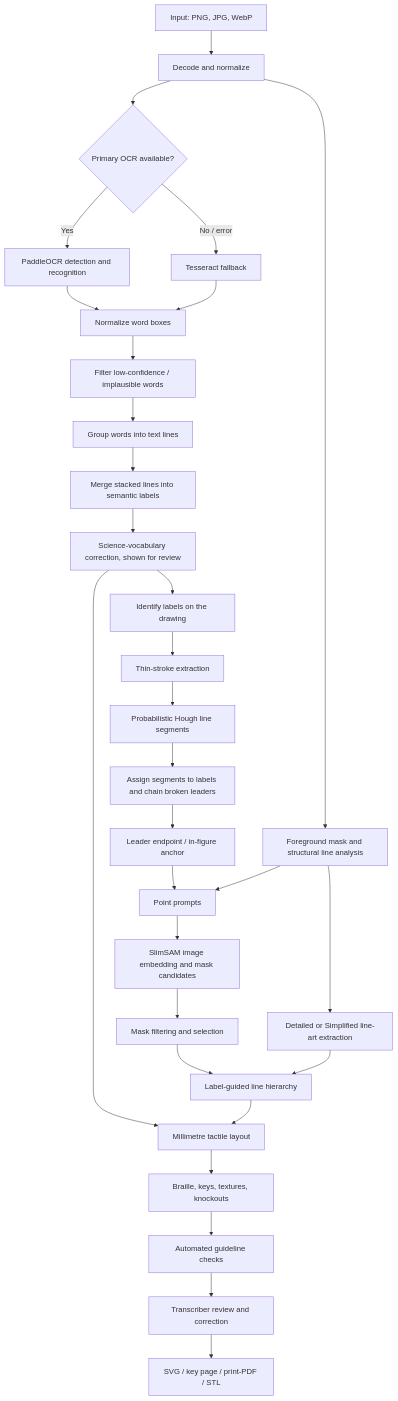
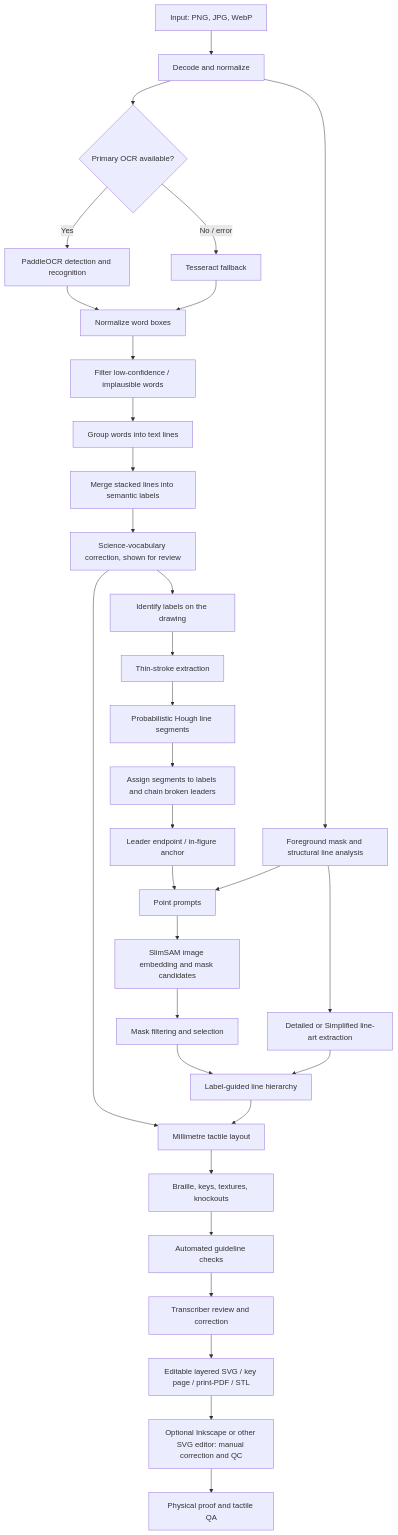
Before and after one commit to mrhunsaker/TactiDiagram: the first of 2 diagrams in docs/pipeline.md, drawn with Mermaid. The commit also changed other lines of this file, not shown here.

Commit message:
Align project guidance with editable SVG workflow

````diff
--- a/docs/pipeline.md
+++ b/docs/pipeline.md
@@ -7,32 +7,34 @@
 ```mermaid
 flowchart TD
   A[Input: PNG, JPG, WebP] --> B[Decode and normalize]
   B --> C{Primary OCR available?}
   C -->|Yes| D[PaddleOCR detection and recognition]
   C -->|No / error| E[Tesseract fallback]
   D --> F[Normalize word boxes]
   E --> F
   F --> G[Filter low-confidence / implausible words]
   G --> H[Group words into text lines]
   H --> I[Merge stacked lines into semantic labels]
   I --> J[Science-vocabulary correction, shown for review]
   J --> K[Identify labels on the drawing]
   K --> L[Thin-stroke extraction]
   L --> M[Probabilistic Hough line segments]
   M --> N[Assign segments to labels and chain broken leaders]
   N --> O[Leader endpoint / in-figure anchor]
   B --> P[Foreground mask and structural line analysis]
   O --> Q[Point prompts]
   P --> Q
   Q --> R[SlimSAM image embedding and mask candidates]
   R --> S[Mask filtering and selection]
   P --> T[Detailed or Simplified line-art extraction]
   S --> U[Label-guided line hierarchy]
   T --> U
   J --> V[Millimetre tactile layout]
   U --> V
   V --> W[Braille, keys, textures, knockouts]
   W --> X[Automated guideline checks]
   X --> Y[Transcriber review and correction]
-  Y --> Z[SVG / key page / print-PDF / STL]
+  Y --> Z[Editable layered SVG / key page / print-PDF / STL]
+  Z --> AA[Optional Inkscape or other SVG editor: manual correction and QC]
+  AA --> AB[Physical proof and tactile QA]
 ```
````
